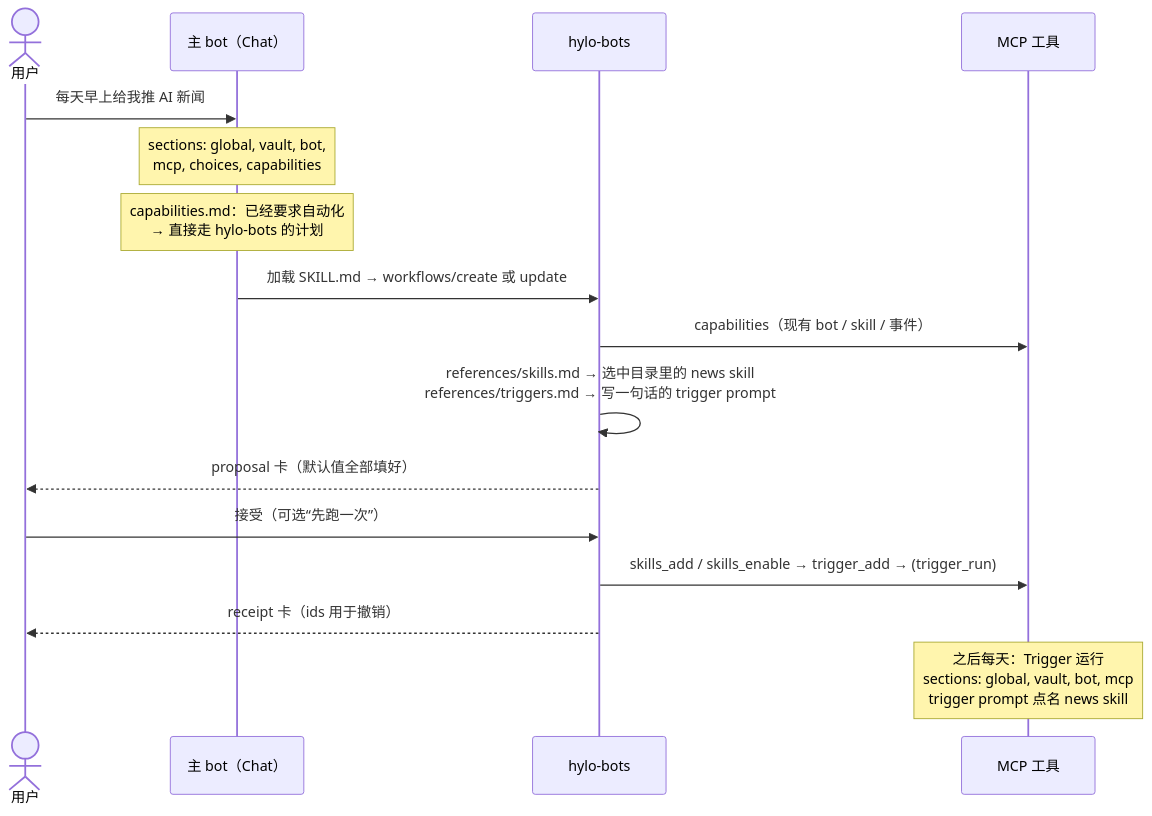
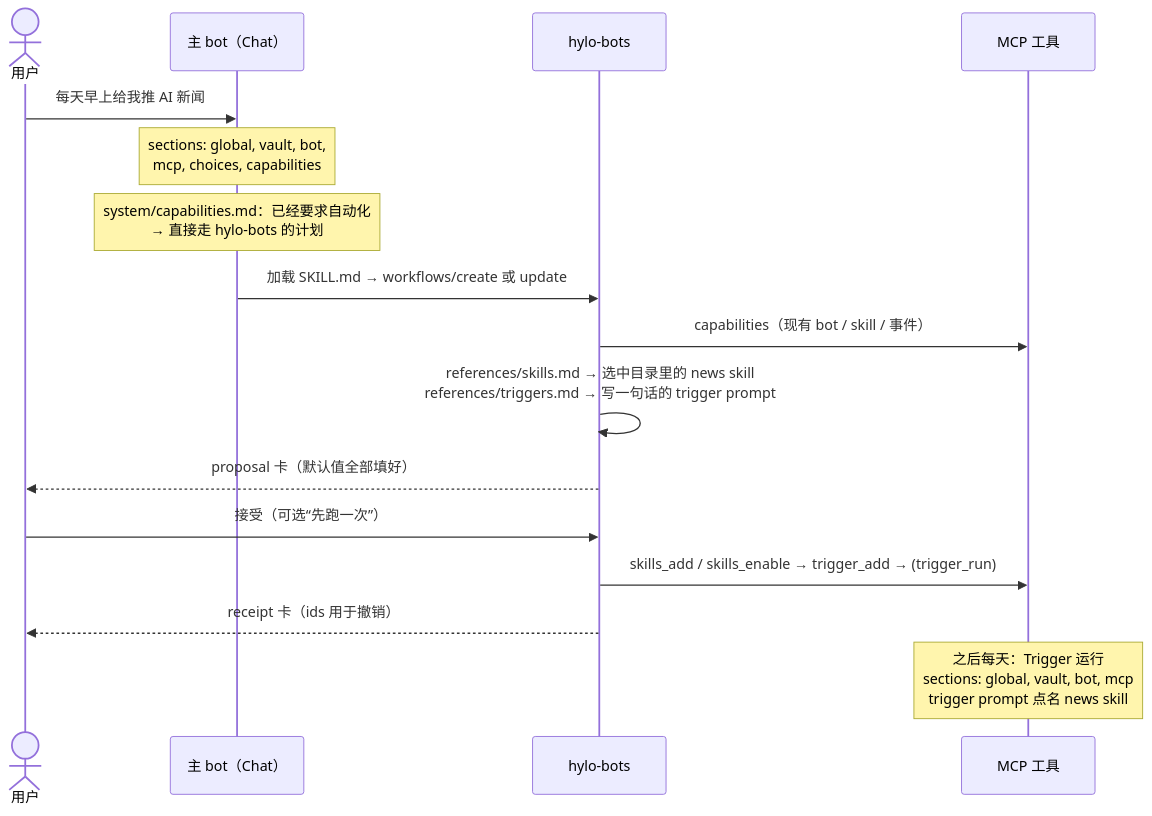
Before and after one commit to skoowoo/hylo: the sixth of 6 diagrams in docs/prompt-skills-architecture.md, drawn with Mermaid. The commit also changed other lines of this file and 34 other files, not shown here.

````diff
--- a/docs/prompt-skills-architecture.md
+++ b/docs/prompt-skills-architecture.md
@@ -229,18 +229,18 @@
 ```mermaid
 sequenceDiagram
     actor U as 用户
     participant MB as 主 bot（Chat）
     participant HB as hylo-bots
     participant T as MCP 工具
     U->>MB: 每天早上给我推 AI 新闻
     Note over MB: sections: global, vault, bot,<br/>mcp, choices, capabilities
-    Note over MB: capabilities.md：已经要求自动化<br/>→ 直接走 hylo-bots 的计划
+    Note over MB: system/capabilities.md：已经要求自动化<br/>→ 直接走 hylo-bots 的计划
     MB->>HB: 加载 SKILL.md → workflows/create 或 update
     HB->>T: capabilities（现有 bot / skill / 事件）
     HB->>HB: references/skills.md → 选中目录里的 news skill<br/>references/triggers.md → 写一句话的 trigger prompt
     HB-->>U: proposal 卡（默认值全部填好）
     U->>HB: 接受（可选“先跑一次”）
     HB->>T: skills_add / skills_enable → trigger_add → (trigger_run)
     HB-->>U: receipt 卡（ids 用于撤销）
     Note over T: 之后每天：Trigger 运行<br/>sections: global, vault, bot, mcp<br/>trigger prompt 点名 news skill
 ```
````
